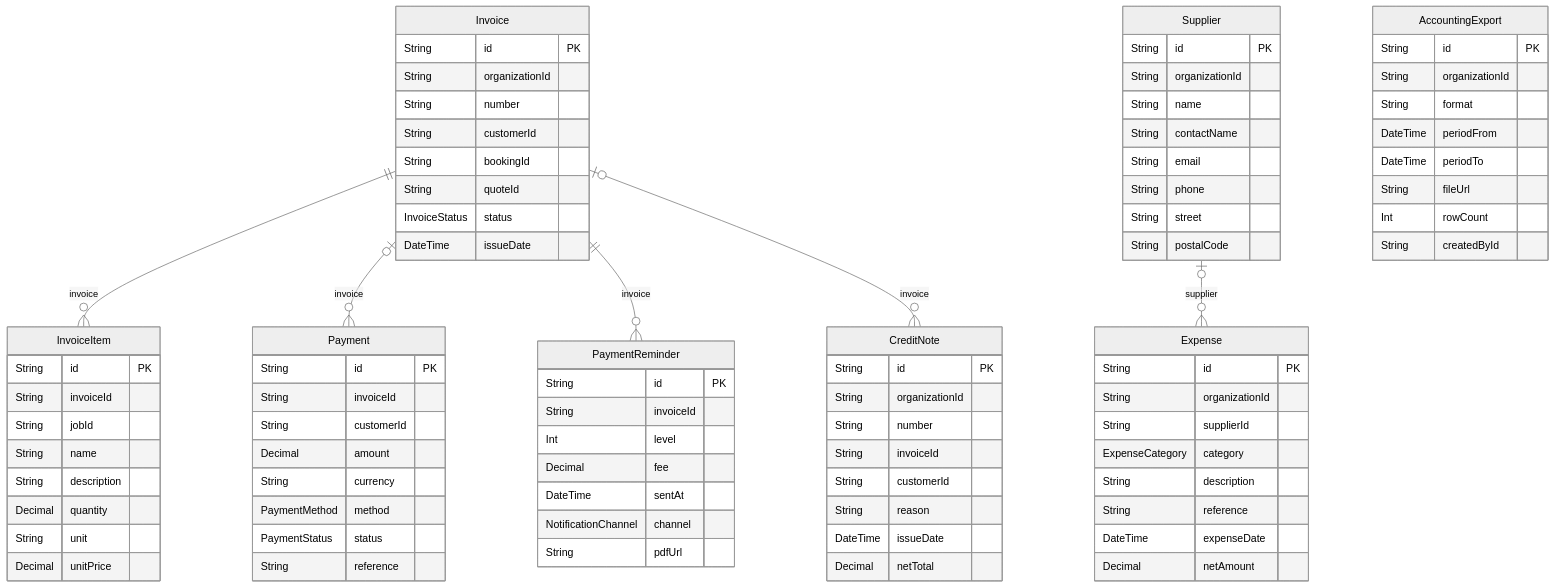
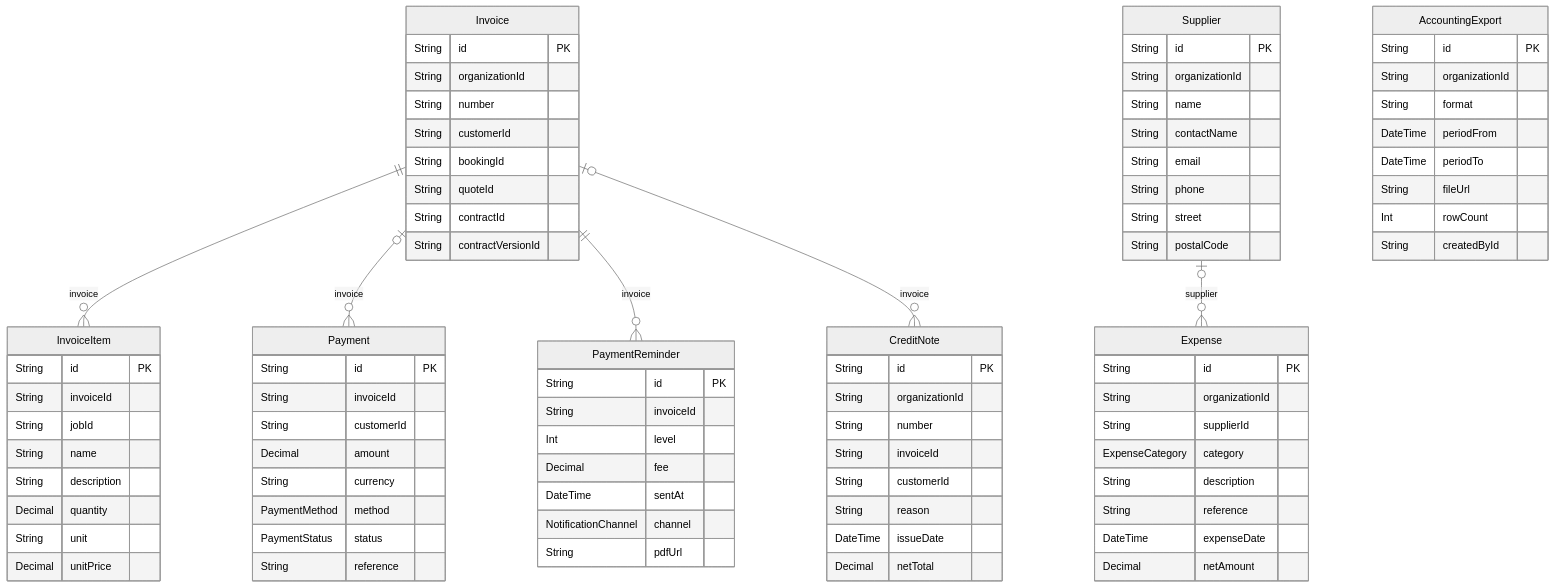
Before and after one commit to javadqasemi/Clenaris: the tenth of 14 diagrams in docs/DATABASE.md, drawn with Mermaid (neutral theme). The commit also changed other lines of this file and 2 other files, not shown here.

First line of the commit message:
Schema: Herkunft der Rechnung und Annahme an der Fassung

```diff
--- a/docs/DATABASE.md
+++ b/docs/DATABASE.md
@@ -880,8 +880,8 @@
     String customerId
     String bookingId
     String quoteId
-    InvoiceStatus status
-    DateTime issueDate
+    String contractId
+    String contractVersionId
   }
   InvoiceItem {
     String id PK
```
